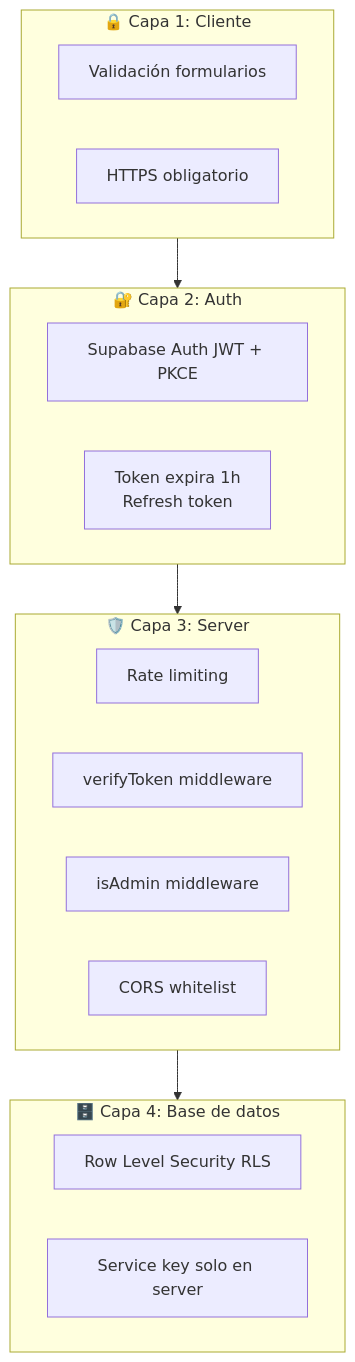
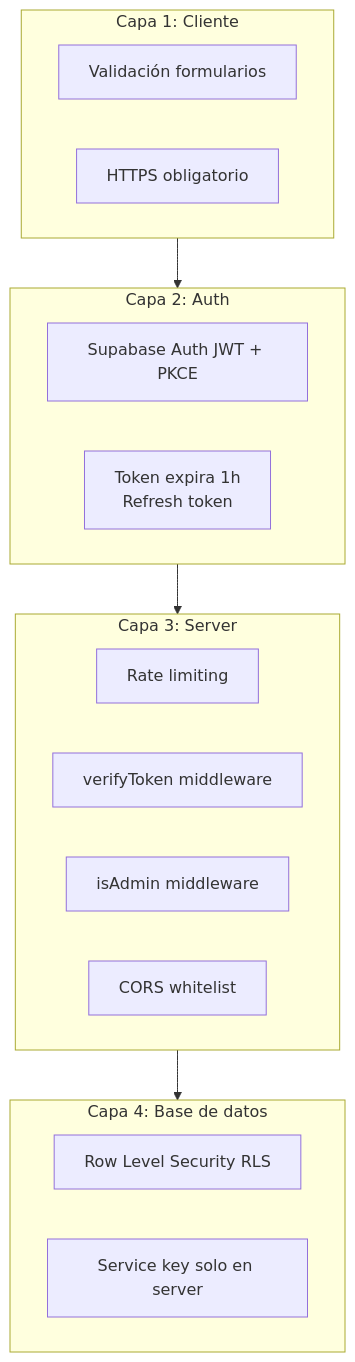
Before and after one commit to msabbar02/PawMate: diagram 15 of 16 in docstecnica.md, drawn with Mermaid. The commit also changed other lines of this file and 32 other files, not shown here.

````diff
--- a/docstecnica.md
+++ b/docstecnica.md
@@ -462,22 +462,22 @@
 ```mermaid
 flowchart TB
-    subgraph Layer1["🔒 Capa 1: Cliente"]
+    subgraph Layer1[" Capa 1: Cliente"]
         A[Validación formularios]
         B[HTTPS obligatorio]
     end
-    subgraph Layer2["🔐 Capa 2: Auth"]
+    subgraph Layer2[" Capa 2: Auth"]
         C[Supabase Auth JWT + PKCE]
         D[Token expira 1h<br/>Refresh token]
     end
-    subgraph Layer3["🛡️ Capa 3: Server"]
+    subgraph Layer3[" Capa 3: Server"]
         E[Rate limiting]
         F[verifyToken middleware]
         G[isAdmin middleware]
         H[CORS whitelist]
     end
-    subgraph Layer4["🗄️ Capa 4: Base de datos"]
+    subgraph Layer4[" Capa 4: Base de datos"]
         I[Row Level Security RLS]
         J[Service key solo en server]
     end
     Layer1 --> Layer2 --> Layer3 --> Layer4
 ```
````
